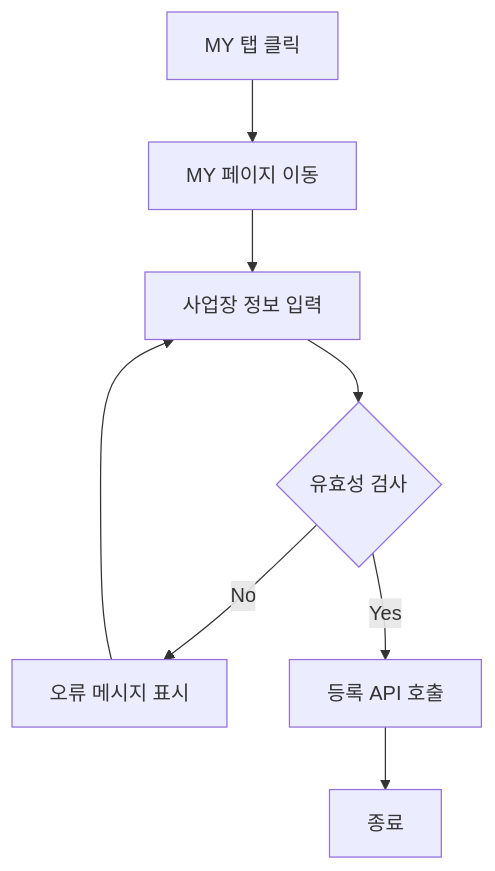
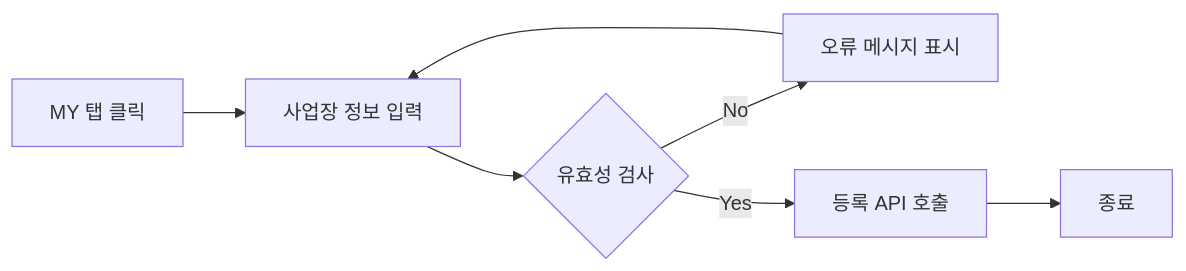
The fourth of 12 diagrams in design/기능정의서.md (Dev-FE-3/team4-phoenix-CustomService), drawn with Mermaid before and after one commit. The commit also changed other lines of this file, not shown here.

````diff
--- a/design/기능정의서.md
+++ b/design/기능정의서.md
@@ -106,7 +188,6 @@
 ```mermaid
-flowchart TD;
-  A[MY 탭 클릭]--> B[MY 페이지 이동] -->C 
-  C[사업장 정보 입력] --> E{유효성 검사}
-  E -->|No| F[오류 메시지 표시] --> C
+flowchart LR
+ A[MY 탭 클릭]--> B[사업장 정보 입력]--> E{유효성 검사}
+  E -->|No| F[오류 메시지 표시] --> B
   E -->|Yes| G[등록 API 호출] -->H[종료]
 ```
````
